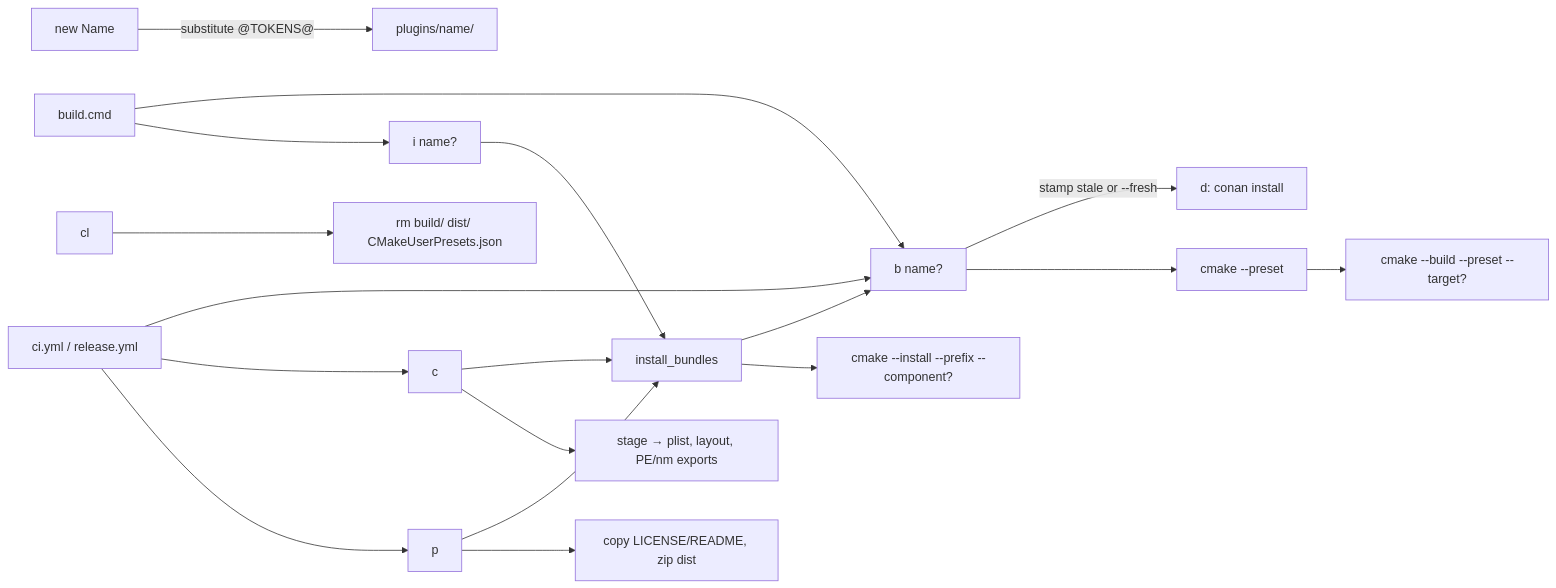
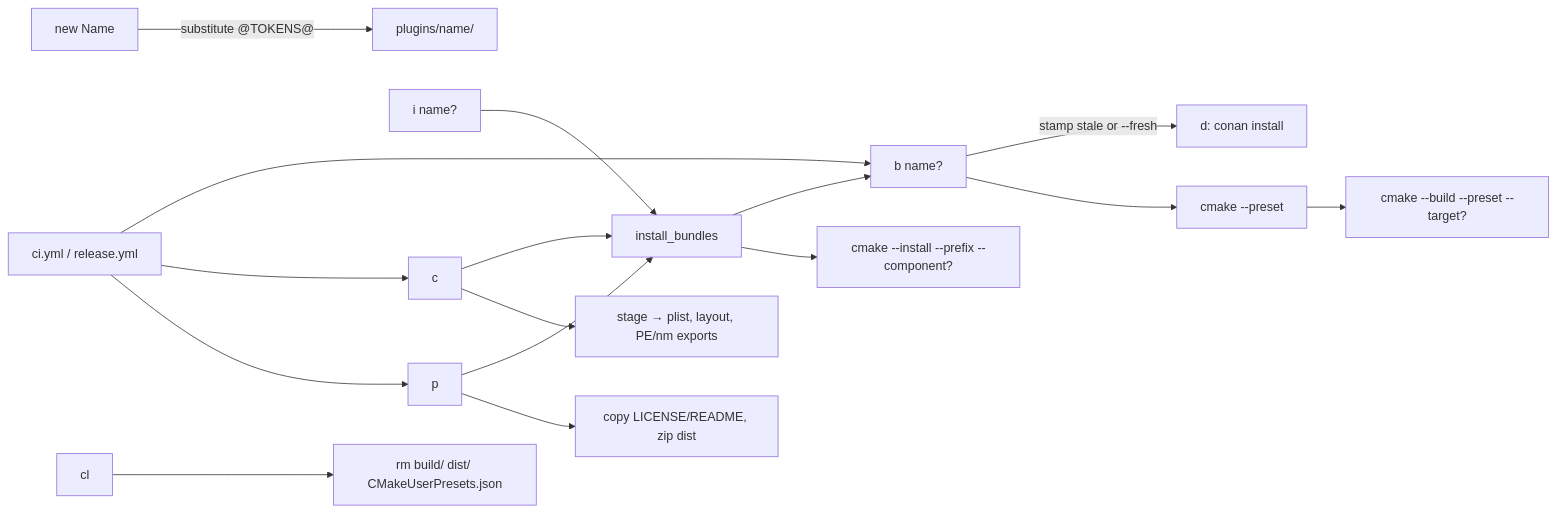
Before and after one commit to ssoj13/boilerplate_openfx: the second of 3 diagrams in DIAGRAMS.md, drawn with Mermaid. The commit also changed 7 other files, not shown here.

````diff
--- a/DIAGRAMS.md
+++ b/DIAGRAMS.md
@@ -28,19 +28,17 @@
 ```mermaid
 flowchart LR
     new[new Name] -->|substitute @TOKENS@| tpl[plugins/name/]
     b[b name?] -->|stamp stale or --fresh| d[d: conan install]
     b --> cfg[cmake --preset] --> bld[cmake --build --preset --target?]
     i[i name?] --> ib[install_bundles]
     p[p] --> ib
     c[c] --> ib
     ib --> b
     ib --> inst[cmake --install --prefix --component?]
     p --> zip[copy LICENSE/README, zip dist]
     c --> chk[stage → plist, layout, PE/nm exports]
     cl[cl] --> rm[rm build/ dist/ CMakeUserPresets.json]
-    cmd[build.cmd] --> b
-    cmd --> i
     ci[ci.yml / release.yml] --> b
     ci --> c
     ci --> p
 ```
````
